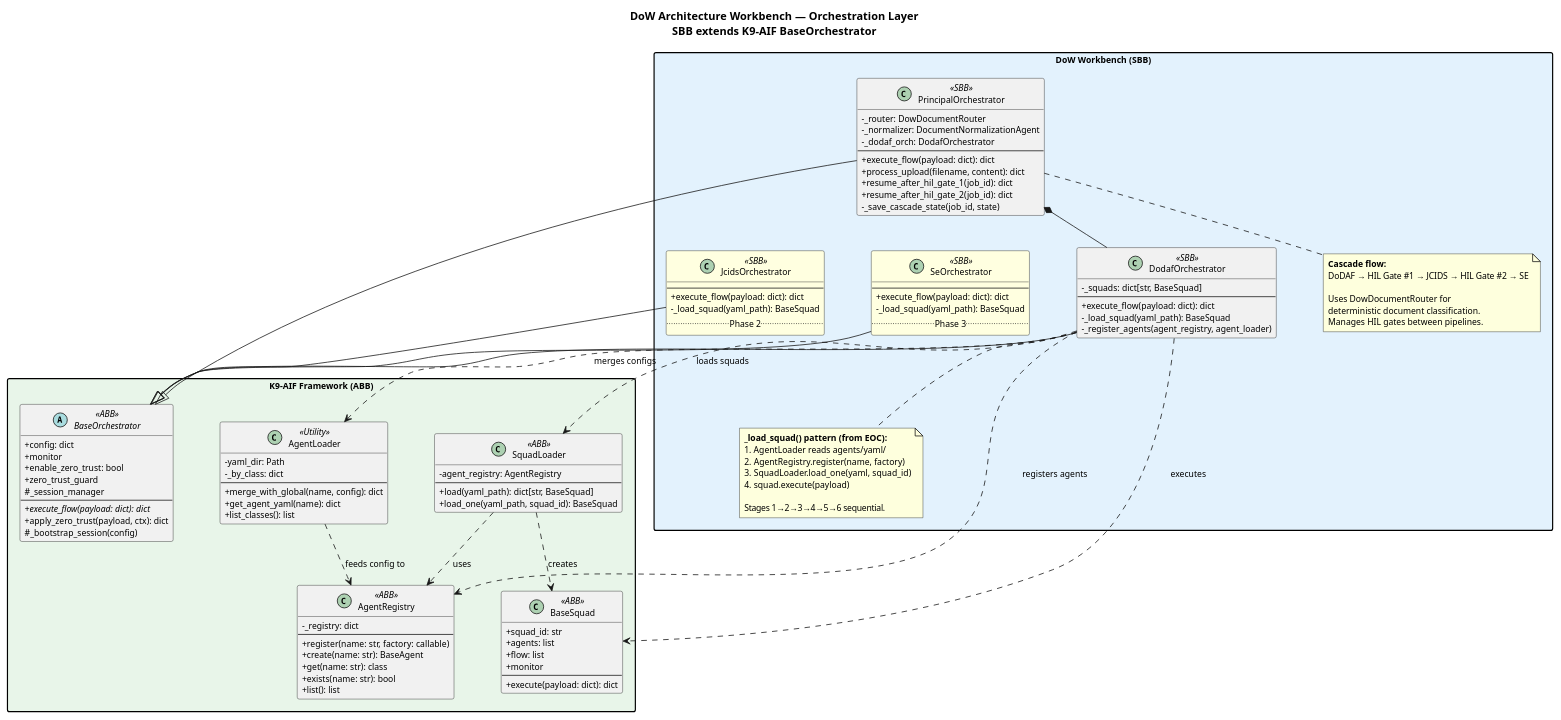
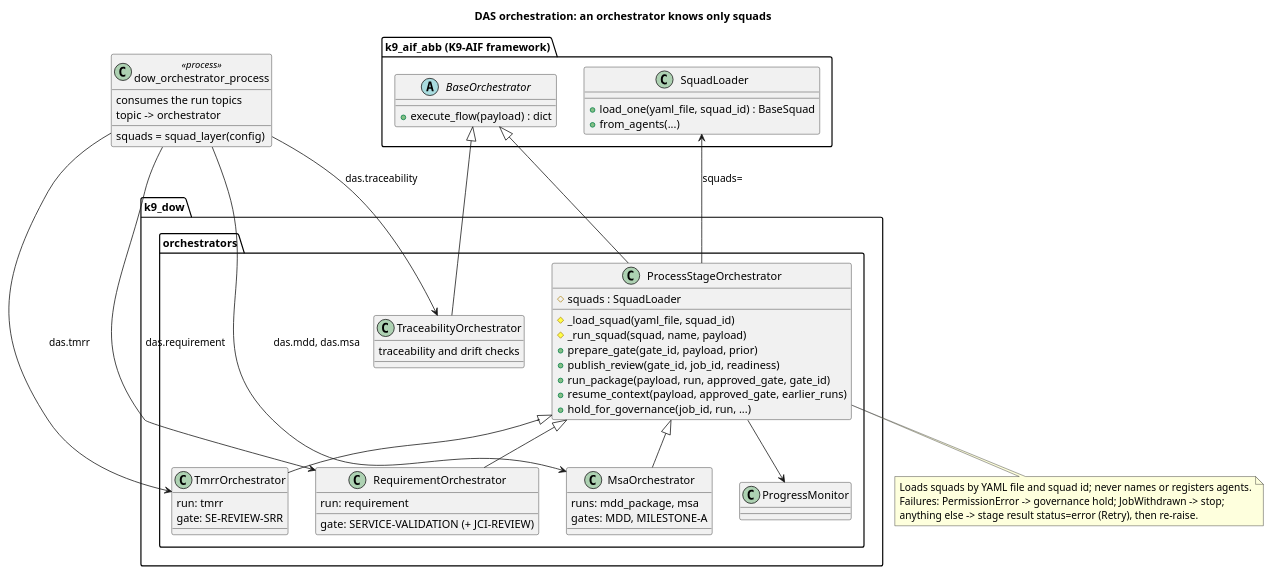
One commit to k9aif/dow-k9x changed the diagram in architecture/diagrams/02-orchestration-class-diagram.puml. Above: the diagram before and after it, drawn with PlantUML. The commit also changed 13 other files, not shown here.

First line of the commit message:
Redraw architecture diagrams from the current code; AWS boundary as a frame

```diff
--- a/architecture/diagrams/02-orchestration-class-diagram.puml
+++ b/architecture/diagrams/02-orchestration-class-diagram.puml
@@ -1,143 +1,66 @@
-@startuml
-skinparam classAttributeIconSize 0
-skinparam shadowing false
-skinparam defaultFontName Helvetica
-skinparam defaultFontSize 11
-skinparam packageStyle rectangle
-skinparam nodesep 60
-skinparam ranksep 40
+@startuml 02-orchestration-class-diagram
+title DAS orchestration: an orchestrator knows only squads
 
-title **DoW Architecture Workbench — Orchestration Layer**\nSBB extends K9-AIF BaseOrchestrator
-
-' ── ABB ───────────────────────────────────────────────────
-
-package "K9-AIF Framework (ABB)" #E8F5E9 {
-
-    abstract class BaseOrchestrator <<ABB>> {
-        +config: dict
-        +monitor
-        +enable_zero_trust: bool
-        +zero_trust_guard
-        #_session_manager
-        --
-        {abstract} +execute_flow(payload: dict): dict
-        +apply_zero_trust(payload, ctx): dict
-        #_bootstrap_session(config)
-    }
-
-    class AgentRegistry <<ABB>> {
-        -_registry: dict
-        --
-        +register(name: str, factory: callable)
-        +create(name: str): BaseAgent
-        +get(name: str): class
-        +exists(name: str): bool
-        +list(): list
-    }
-
-    class SquadLoader <<ABB>> {
-        -agent_registry: AgentRegistry
-        --
-        +load(yaml_path): dict[str, BaseSquad]
-        +load_one(yaml_path, squad_id): BaseSquad
-    }
-
-    class BaseSquad <<ABB>> {
-        +squad_id: str
-        +agents: list
-        +flow: list
-        +monitor
-        --
-        +execute(payload: dict): dict
-    }
-
-    class AgentLoader <<Utility>> {
-        -yaml_dir: Path
-        -_by_class: dict
-        --
-        +merge_with_global(name, config): dict
-        +get_agent_yaml(name): dict
-        +list_classes(): list
-    }
-
-    SquadLoader ..> AgentRegistry : uses
-    SquadLoader ..> BaseSquad : creates
-    AgentLoader ..> AgentRegistry : feeds config to
+package "k9_aif_abb (K9-AIF framework)" {
+  abstract class BaseOrchestrator {
+    +execute_flow(payload) : dict
+  }
+  class SquadLoader {
+    +load_one(yaml_file, squad_id) : BaseSquad
+    +from_agents(...)
+  }
 }
 
-' ── SBB ───────────────────────────────────────────────────
-
-package "DoW Workbench (SBB)" #E3F2FD {
-
-    class PrincipalOrchestrator <<SBB>> {
-        -_router: DowDocumentRouter
-        -_normalizer: DocumentNormalizationAgent
-        -_dodaf_orch: DodafOrchestrator
-        --
-        +execute_flow(payload: dict): dict
-        +process_upload(filename, content): dict
-        +resume_after_hil_gate_1(job_id): dict
-        +resume_after_hil_gate_2(job_id): dict
-        -_save_cascade_state(job_id, state)
-    }
-
-    class DodafOrchestrator <<SBB>> {
-        -_squads: dict[str, BaseSquad]
-        --
-        +execute_flow(payload: dict): dict
-        -_load_squad(yaml_path): BaseSquad
-        -_register_agents(agent_registry, agent_loader)
-    }
-
-    class JcidsOrchestrator <<SBB>> #LightYellow {
-        --
-        +execute_flow(payload: dict): dict
-        -_load_squad(yaml_path): BaseSquad
-        .. Phase 2 ..
-    }
-
-    class SeOrchestrator <<SBB>> #LightYellow {
-        --
-        +execute_flow(payload: dict): dict
-        -_load_squad(yaml_path): BaseSquad
-        .. Phase 3 ..
-    }
-
-    note bottom of PrincipalOrchestrator
-        **Cascade flow:**
-        DoDAF → HIL Gate #1 → JCIDS → HIL Gate #2 → SE
-
-        Uses DowDocumentRouter for
-        deterministic document classification.
-        Manages HIL gates between pipelines.
-    end note
-
-    note bottom of DodafOrchestrator
-        **_load_squad() pattern (from EOC):**
-        1. AgentLoader reads agents/yaml/
-        2. AgentRegistry.register(name, factory)
-        3. SquadLoader.load_one(yaml, squad_id)
-        4. squad.execute(payload)
-
-        Stages 1→2→3→4→5→6 sequential.
-    end note
+package "k9_dow.orchestrators" {
+  class ProcessStageOrchestrator {
+    #squads : SquadLoader
+    #_load_squad(yaml_file, squad_id)
+    #_run_squad(squad, name, payload)
+    +prepare_gate(gate_id, payload, prior)
+    +publish_review(gate_id, job_id, readiness)
+    +run_package(payload, run, approved_gate, gate_id)
+    +resume_context(payload, approved_gate, earlier_runs)
+    +hold_for_governance(job_id, run, ...)
+  }
+  class RequirementOrchestrator {
+    run: requirement
+    gate: SERVICE-VALIDATION (+ JCI-REVIEW)
+  }
+  class MsaOrchestrator {
+    runs: mdd_package, msa
+    gates: MDD, MILESTONE-A
+  }
+  class TmrrOrchestrator {
+    run: tmrr
+    gate: SE-REVIEW-SRR
+  }
+  class TraceabilityOrchestrator {
+    traceability and drift checks
+  }
+  class ProgressMonitor
 }
 
-' ── Inheritance ───────────────────────────────────────────
+class "dow_orchestrator_process" as OP <<process>> {
+  squads = squad_layer(config)
+  consumes the run topics
+  topic -> orchestrator
+}
 
-PrincipalOrchestrator --|> BaseOrchestrator
-DodafOrchestrator --|> BaseOrchestrator
-JcidsOrchestrator --|> BaseOrchestrator
-SeOrchestrator --|> BaseOrchestrator
+BaseOrchestrator <|-- ProcessStageOrchestrator
+ProcessStageOrchestrator <|-- RequirementOrchestrator
+ProcessStageOrchestrator <|-- MsaOrchestrator
+ProcessStageOrchestrator <|-- TmrrOrchestrator
+BaseOrchestrator <|-- TraceabilityOrchestrator
+ProcessStageOrchestrator --> SquadLoader : squads=
+ProcessStageOrchestrator --> ProgressMonitor
+OP --> RequirementOrchestrator : das.requirement
+OP --> MsaOrchestrator : das.mdd, das.msa
+OP --> TmrrOrchestrator : das.tmrr
+OP --> TraceabilityOrchestrator : das.traceability
 
-' ── Composition ──────────────────────────────────────────
-
-PrincipalOrchestrator *-- DodafOrchestrator
-PrincipalOrchestrator *-[hidden]- JcidsOrchestrator
-PrincipalOrchestrator *-[hidden]- SeOrchestrator
-DodafOrchestrator ..> AgentRegistry : registers agents
-DodafOrchestrator ..> SquadLoader : loads squads
-DodafOrchestrator ..> AgentLoader : merges configs
-DodafOrchestrator ..> BaseSquad : executes
-
+note bottom of ProcessStageOrchestrator
+  Loads squads by YAML file and squad id; never names or registers agents.
+  Failures: PermissionError -> governance hold; JobWithdrawn -> stop;
+  anything else -> stage result status=error (Retry), then re-raise.
+end note
 @enduml
```
